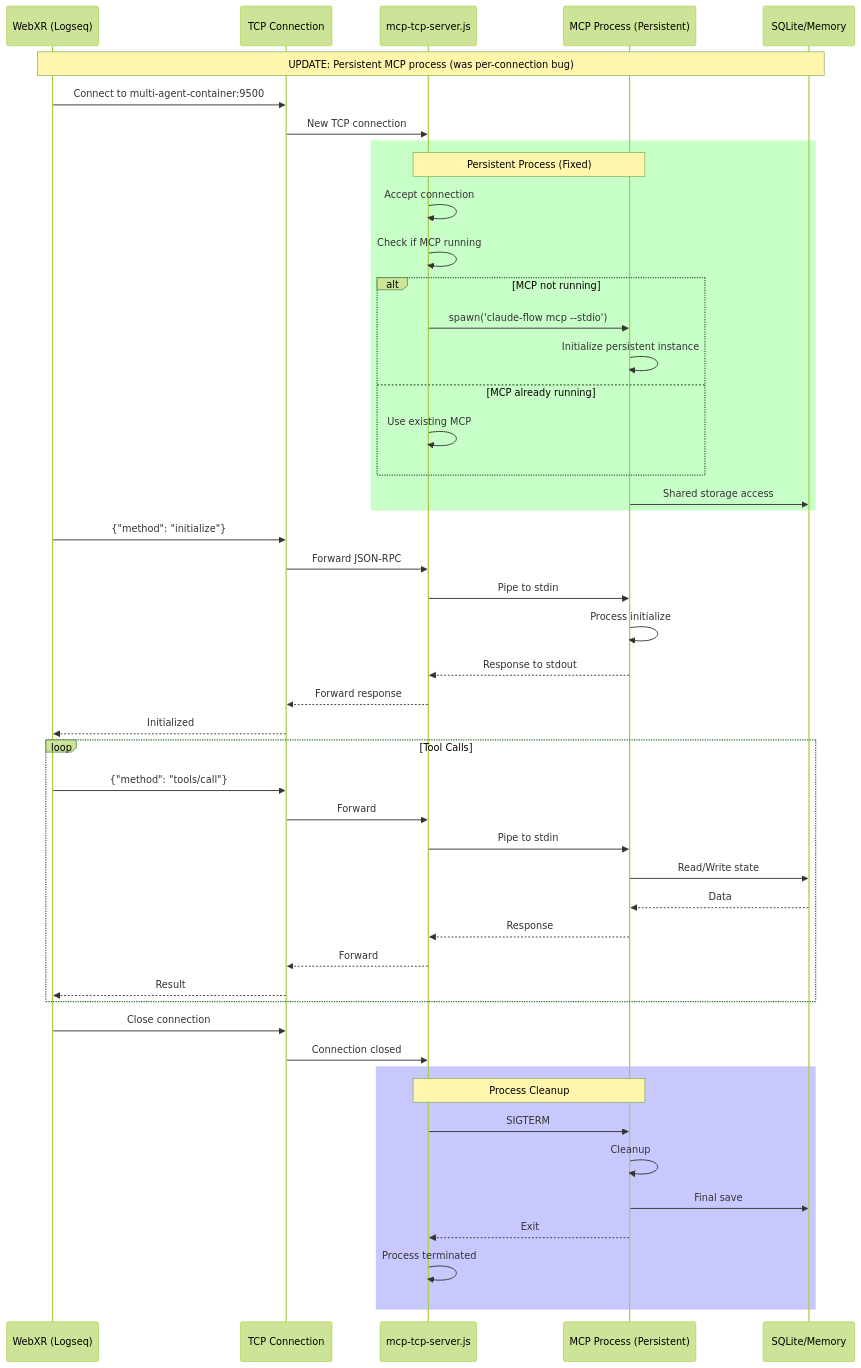
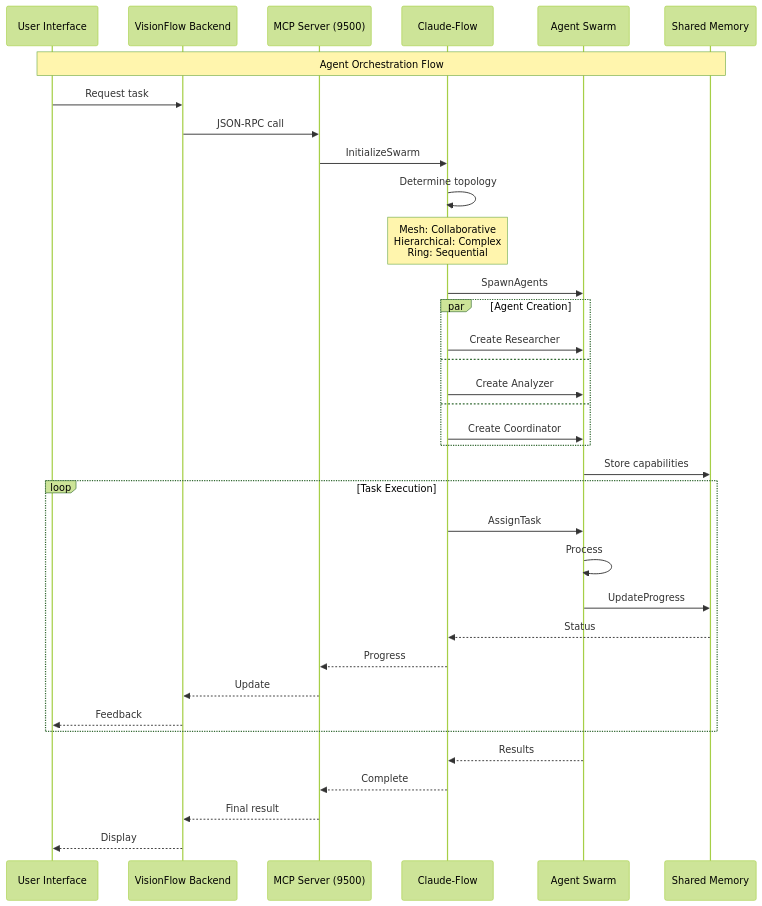
Diagram 14 of 18 in docs/diagrams.md (DreamLab-AI/VisionFlow), drawn with Mermaid (forest theme) before and after one commit. The commit also changed other lines of this file and 1 other file, not shown here.

Commit message:
audit and diagrams update, new todo list

````diff
--- a/docs/diagrams.md
+++ b/docs/diagrams.md
@@ -774,57 +900,45 @@
 ```mermaid
 sequenceDiagram
-    participant WebXR as WebXR (Logseq)
-    participant TCP as TCP Connection
-    participant Wrapper as mcp-tcp-server.js
-    participant MCP as MCP Process (Persistent)
-    participant DB as SQLite/Memory
+    participant User as User Interface
+    participant Backend as VisionFlow Backend
+    participant MCP as MCP Server (9500)
+    participant CF as Claude-Flow
+    participant Agents as Agent Swarm
+    participant Memory as Shared Memory
 
-    Note over WebXR,DB: UPDATE: Persistent MCP process (was per-connection bug)
+    Note over User,Memory: Agent Orchestration Flow
 
-    WebXR->>TCP: Connect to multi-agent-container:9500
-    TCP->>Wrapper: New TCP connection
+    User->>Backend: Request task
+    Backend->>MCP: JSON-RPC call
+    MCP->>CF: InitializeSwarm
 
-    rect rgb(200, 255, 200)
-        Note over Wrapper,MCP: Persistent Process (Fixed)
-        Wrapper->>Wrapper: Accept connection
-        Wrapper->>Wrapper: Check if MCP running
-        alt MCP not running
-            Wrapper->>MCP: spawn('claude-flow mcp --stdio')
-            MCP->>MCP: Initialize persistent instance
-        else MCP already running
-            Wrapper->>Wrapper: Use existing MCP
-        end
-        MCP->>DB: Shared storage access
+    CF->>CF: Determine topology
+    Note over CF: Mesh: Collaborative<br/>Hierarchical: Complex<br/>Ring: Sequential
+
+    CF->>Agents: SpawnAgents
+
+    par Agent Creation
+        CF->>Agents: Create Researcher
+        and
+        CF->>Agents: Create Analyzer
+        and
+        CF->>Agents: Create Coordinator
     end
 
-    WebXR->>TCP: {"method": "initialize"}
-    TCP->>Wrapper: Forward JSON-RPC
-    Wrapper->>MCP: Pipe to stdin
-    MCP->>MCP: Process initialize
-    MCP-->>Wrapper: Response to stdout
-    Wrapper-->>TCP: Forward response
-    TCP-->>WebXR: Initialized
+    Agents->>Memory: Store capabilities
 
-    loop Tool Calls
-        WebXR->>TCP: {"method": "tools/call"}
-        TCP->>Wrapper: Forward
-        Wrapper->>MCP: Pipe to stdin
-        MCP->>DB: Read/Write state
-        DB-->>MCP: Data
-        MCP-->>Wrapper: Response
-        Wrapper-->>TCP: Forward
-        TCP-->>WebXR: Result
+    loop Task Execution
+        CF->>Agents: AssignTask
+        Agents->>Agents: Process
+        Agents->>Memory: UpdateProgress
+        Memory-->>CF: Status
+        CF-->>MCP: Progress
+        MCP-->>Backend: Update
+        Backend-->>User: Feedback
     end
 
-    WebXR->>TCP: Close connection
-    TCP->>Wrapper: Connection closed
-
-    rect rgb(200, 200, 255)
-        Note over Wrapper,MCP: Process Cleanup
-        Wrapper->>MCP: SIGTERM
-        MCP->>MCP: Cleanup
-        MCP->>DB: Final save
-        MCP-->>Wrapper: Exit
-        Wrapper->>Wrapper: Process terminated
-    end
+    Agents-->>CF: Results
+    CF-->>MCP: Complete
+    MCP-->>Backend: Final result
+    Backend-->>User: Display
 ```
````
